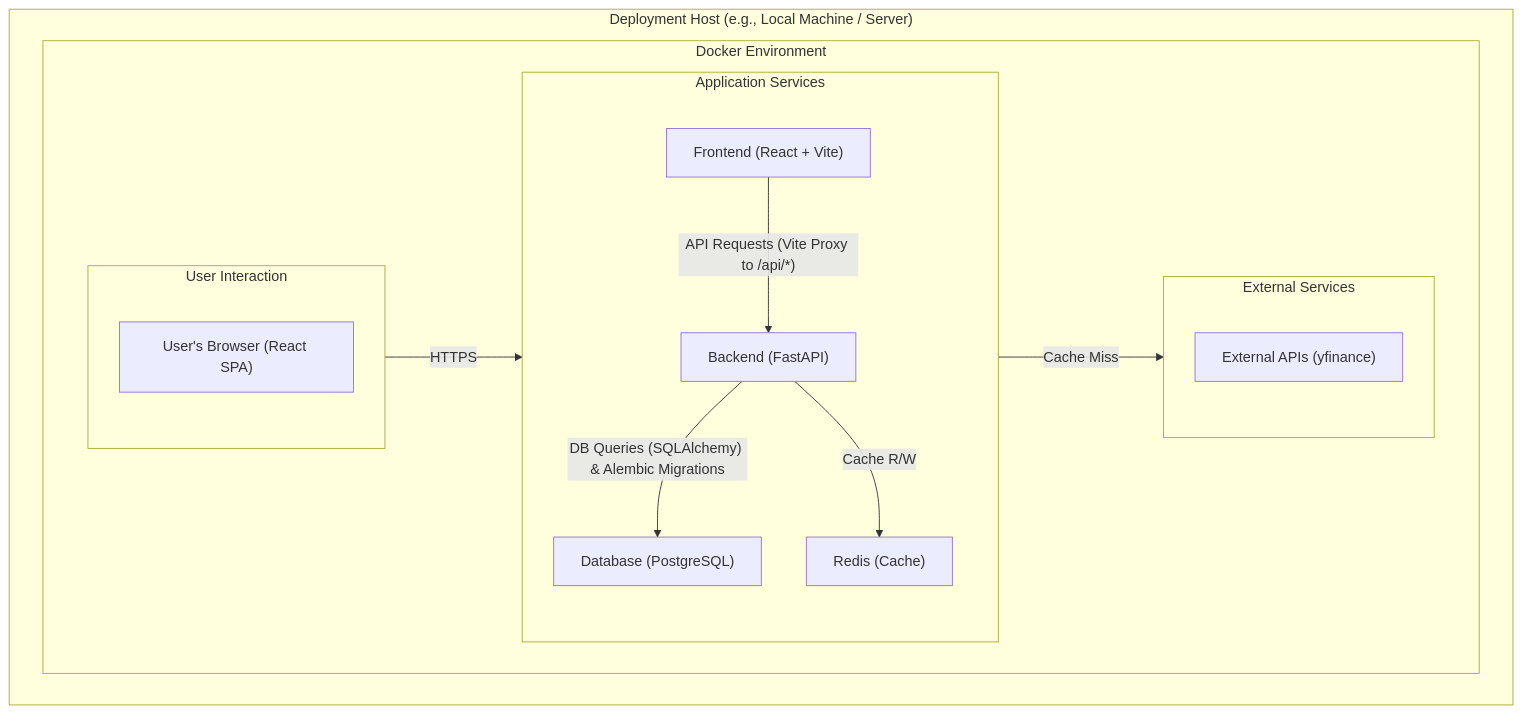
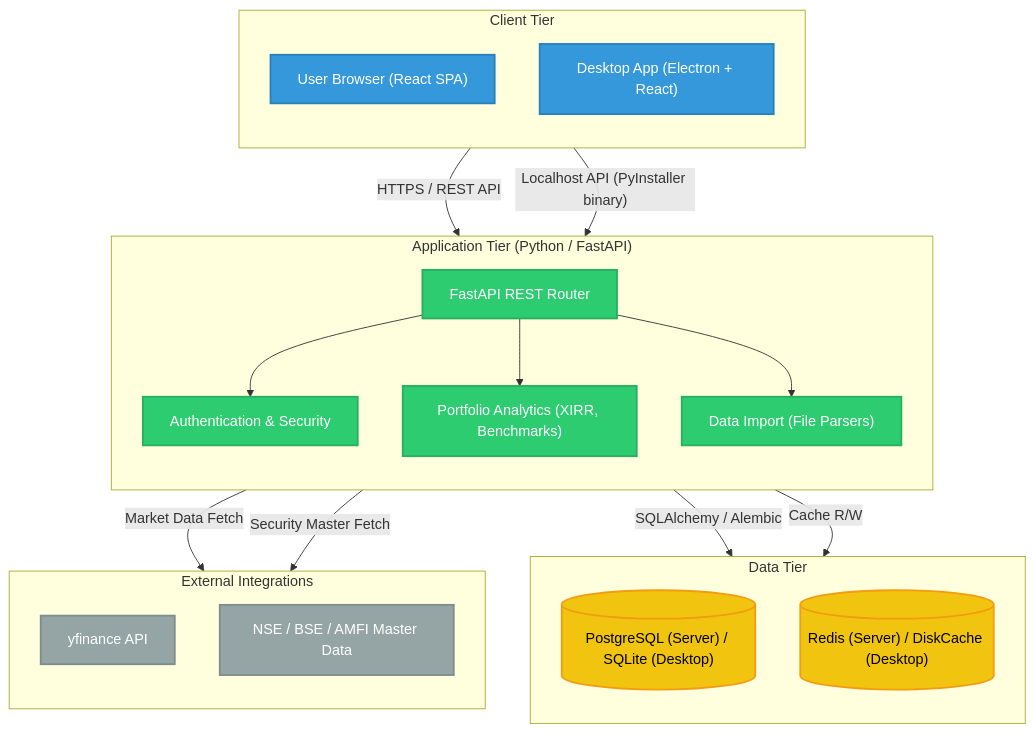
One commit to aashishbhanawat/ArthSaarthi changed the diagram in docs/architecture.md. Above: the diagram before and after it, drawn with Mermaid. The commit also changed other lines of this file and 126 other files, not shown here.

````diff
--- a/docs/architecture.md
+++ b/docs/architecture.md
@@ -9,28 +5,47 @@
 ```mermaid
 graph TD
-    subgraph "Deployment Host (e.g., Local Machine / Server)"
-        subgraph "Docker Environment"
-            direction LR
-            subgraph "User Interaction"
-                direction TB
-                User_Browser["User's Browser (React SPA)"]
-            end
-            subgraph "Application Services"
-                direction TB
-                Frontend["Frontend (React + Vite)"]
-                Backend["Backend (FastAPI)"]
-                Database["Database (PostgreSQL)"]
-                Redis["Redis (Cache)"]
-            end
-            subgraph "External Services"
-                direction TB
-                yfinance["External APIs (yfinance)"]
-            end
-            User_Browser -- HTTPS --> Frontend
-            Frontend -- "API Requests (Vite Proxy to /api/*)" --> Backend
-            Backend -- "DB Queries (SQLAlchemy) & Alembic Migrations" --> Database
-            Backend -- "Cache R/W" --> Redis
-            Backend -- "Cache Miss" --> yfinance
-        end
+    classDef frontend fill:#3498db,stroke:#2980b9,stroke-width:2px,color:#fff;
+    classDef backend fill:#2ecc71,stroke:#27ae60,stroke-width:2px,color:#fff;
+    classDef database fill:#f1c40f,stroke:#f39c12,stroke-width:2px,color:#000;
+    classDef external fill:#95a5a6,stroke:#7f8c8d,stroke-width:2px,color:#fff;
+
+    subgraph "Client Tier"
+        direction TB
+        Browser["User Browser (React SPA)"]:::frontend
+        Desktop["Desktop App (Electron + React)"]:::frontend
     end
+
+    subgraph "Application Tier (Python / FastAPI)"
+        direction TB
+        API["FastAPI REST Router"]:::backend
+        AuthService["Authentication & Security"]:::backend
+        AnalyticsService["Portfolio Analytics (XIRR, Benchmarks)"]:::backend
+        DataImportService["Data Import (File Parsers)"]:::backend
+
+        API --> AuthService
+        API --> AnalyticsService
+        API --> DataImportService
+    end
+
+    subgraph "Data Tier"
+        direction TB
+        PostgreSQL[("PostgreSQL (Server) / SQLite (Desktop)")]:::database
+        Redis[("Redis (Server) / DiskCache (Desktop)")]:::database
+    end
+
+    subgraph "External Integrations"
+        direction TB
+        YFinance["yfinance API"]:::external
+        ExchangeData["NSE / BSE / AMFI Master Data"]:::external
+    end
+
+    %% Connections
+    Browser -- "HTTPS / REST API" --> API
+    Desktop -- "Localhost API (PyInstaller binary)" --> API
+
+    API -- "SQLAlchemy / Alembic" --> PostgreSQL
+    API -- "Cache R/W" --> Redis
+    
+    AnalyticsService -- "Market Data Fetch" --> YFinance
+    DataImportService -- "Security Master Fetch" --> ExchangeData
 ```
````
